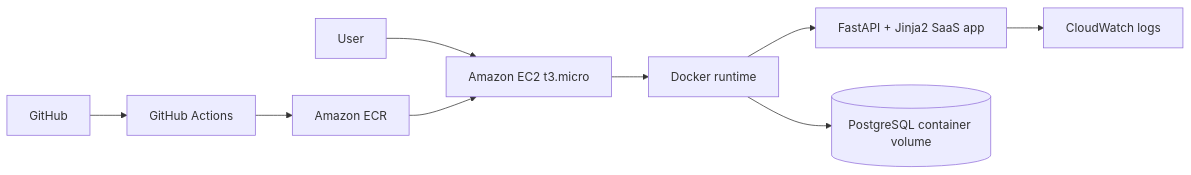
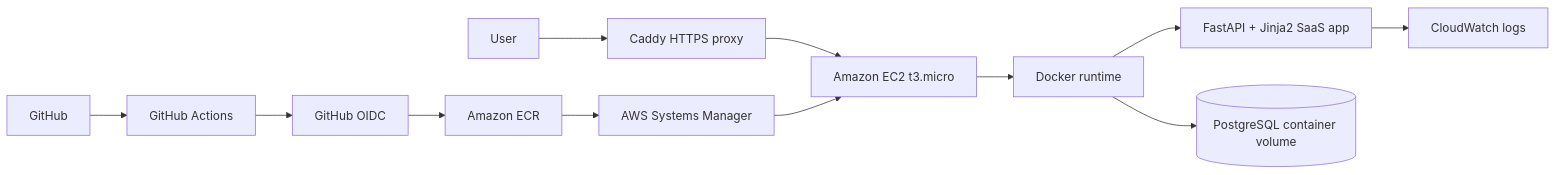
Before and after one commit to mehrabmkhan/nexuslead-ai: the first of 2 diagrams in README.md, drawn with Mermaid. The commit also changed other lines of this file and 8 other files, not shown here.

````diff
--- a/README.md
+++ b/README.md
@@ -34,11 +38,14 @@
 ```mermaid
 flowchart LR
-    User[User] --> EC2[Amazon EC2 t3.micro]
+    User[User] --> HTTPS[Caddy HTTPS proxy]
+    HTTPS --> EC2[Amazon EC2 t3.micro]
     EC2 --> Docker[Docker runtime]
     Docker --> API[FastAPI + Jinja2 SaaS app]
     Docker --> PG[(PostgreSQL container volume)]
     API --> CW[CloudWatch logs]
     GitHub[GitHub] --> Actions[GitHub Actions]
-    Actions --> ECR[Amazon ECR]
-    ECR --> EC2
+    Actions --> OIDC[GitHub OIDC]
+    OIDC --> ECR[Amazon ECR]
+    ECR --> SSM[AWS Systems Manager]
+    SSM --> EC2
 ```
````
